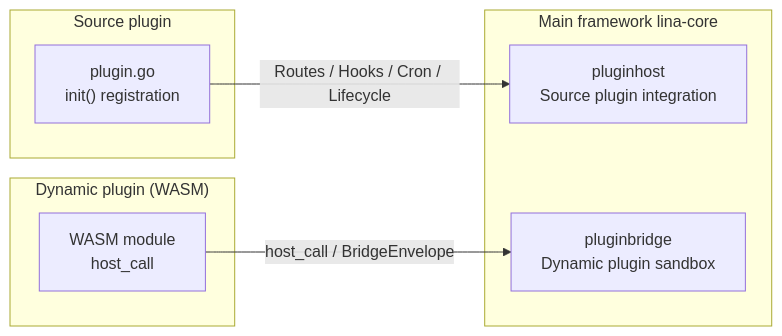
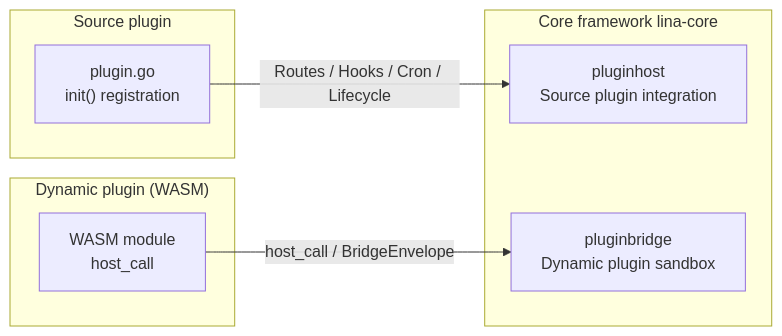
Before and after one commit to linaproai/linapro-site: the first of 2 diagrams in apps/lina-site/i18n/en/docusaurus-plugin-content-docs/current/docs/2000-components/6000-capability-boundary.md, drawn with Mermaid. The commit also changed other lines of this file and 93 other files, not shown here.

````diff
--- a/apps/lina-site/i18n/en/docusaurus-plugin-content-docs/current/docs/2000-components/6000-capability-boundary.md
+++ b/apps/lina-site/i18n/en/docusaurus-plugin-content-docs/current/docs/2000-components/6000-capability-boundary.md
@@ -82,18 +82,18 @@
 ```mermaid
 flowchart LR
-    subgraph Host["Main framework lina-core"]
+    subgraph Host["Core framework lina-core"]
         PH["pluginhost<br/>Source plugin integration"]
         PB["pluginbridge<br/>Dynamic plugin sandbox"]
     end
 
     subgraph Source["Source plugin"]
         SP["plugin.go<br/>init() registration"]
     end
 
     subgraph Dynamic["Dynamic plugin (WASM)"]
         DP["WASM module<br/>host_call"]
     end
 
     SP -- "Routes / Hooks / Cron / Lifecycle" --> PH
     DP -- "host_call / BridgeEnvelope" --> PB
 ```
````
